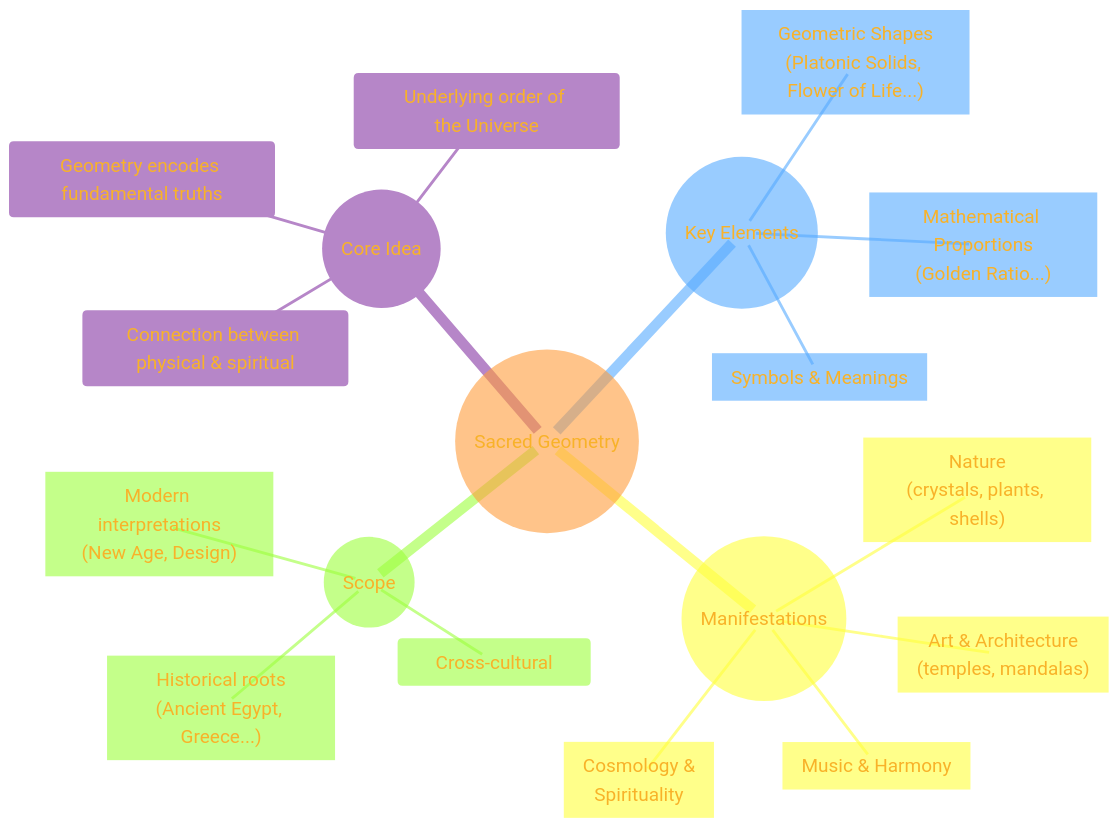
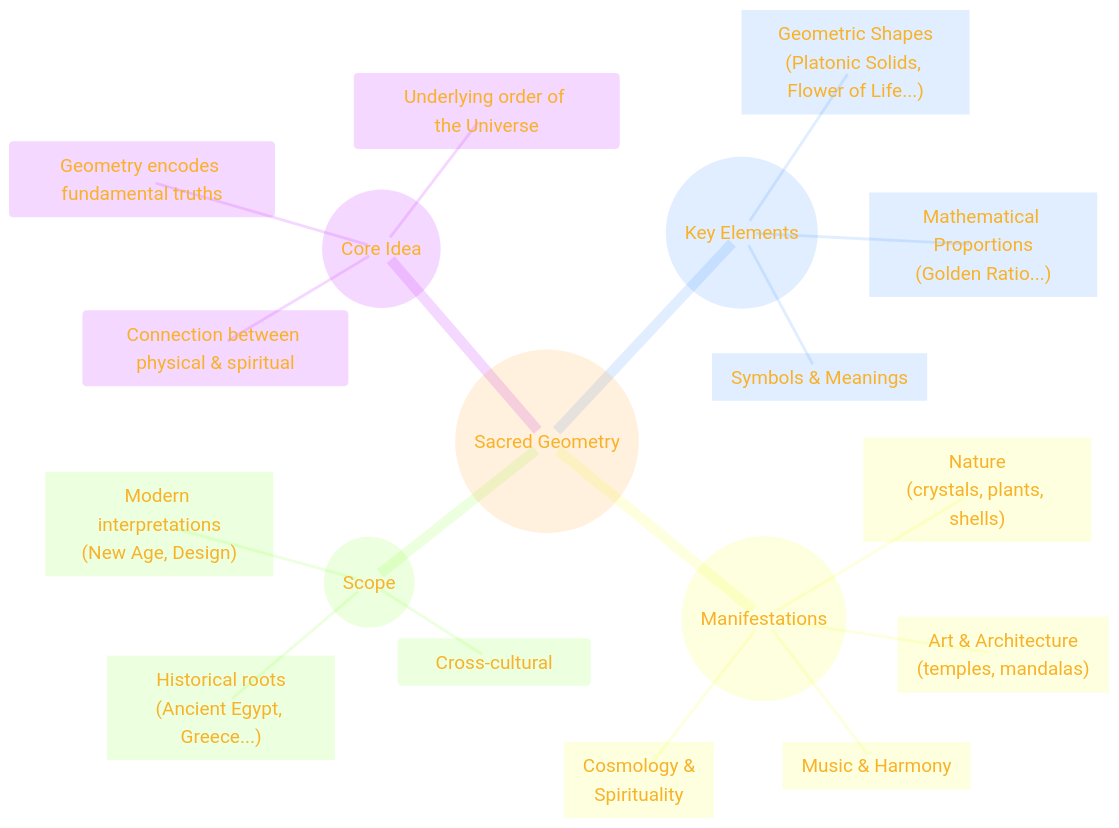
One commit to CongLeSolutionX/Harmonic_Atomica changed the first of 7 diagrams in Understanding_Sacred_Geometry.md. Above: the diagram before and after it, drawn with Mermaid.

````diff
--- a/Understanding_Sacred_Geometry.md
+++ b/Understanding_Sacred_Geometry.md
@@ -27,52 +27,51 @@
 ```mermaid
 ---
-title: "The Blueprint of Existence?"
+title: "CHANGE_ME_DADDY"
 author: "Cong Le"
 version: "1.0"
-license(s): "MIT, CC BY 4.0"
+license(s): "MIT, CC BY-SA 4.0"
 copyright: "Copyright (c) 2025 Cong Le. All Rights Reserved."
 config:
+  theme: base
 ---
+%%%%%%%% Mermaid version v11.4.1-b.14
 %%{
   init: {
-    'theme': 'base',
-    'fontFamily': 'Luminari',
+    'fontFamily': 'Luminari, monospace',
+    'logLevel': 'fatal',
     'mindmap': {
-      'padding': 20,
-      'levelColors': ['#87CEEB', '#98FB98', '#FFDAB9', '#FFB6C1']
+	    'nodeAlign': 'center',
+	    'padding': 20
     },
     'themeVariables': {
-      'primaryColor': '#FDB9',
+      'primaryColor': '#FC82',
       'primaryTextColor': '#F8B229',
-      'lineColor': '#F8B229',
       'primaryBorderColor': '#27AE60',
-      'secondaryColor': '#EBDEF0',
+      'secondaryColor': '#EBF3',
       'secondaryTextColor': '#6C3483',
       'secondaryBorderColor': '#A569BD',
-      'fontSize': '20px',
-      'clusterBkg': '#f2a3'
+      'fontSize': '20px'
     }
   }
 }%%
-%%%%%%%% Mermaid version v11.4.1-b.14
 mindmap
     root((Sacred Geometry))
         Core_Idea(("Core Idea"))
             Geometry encodes fundamental truths
             Underlying order of the Universe
             Connection between physical & spiritual
         Key_Elements(("Key Elements"))
             Geometric_Shapes["Geometric Shapes<br/>(Platonic Solids, Flower of Life...)"]
             Mathematical_Proportions["Mathematical Proportions<br/>(Golden Ratio...)"]
             Symbols_and_Meanings["Symbols & Meanings"]
         Manifestations(("Manifestations"))
             Nature["Nature<br/>(crystals, plants, shells)"]
             Art_and_Architecture["Art & Architecture<br/>(temples, mandalas)"]
             Music_and_Harmony["Music & Harmony"]
             Cosmology_and_Spirituality["Cosmology &<br/> Spirituality"]
         Scope(("Scope"))
             Cross-cultural
             Historical_roots["Historical roots<br/>(Ancient Egypt, Greece...)"]
             Modern_interpretations["Modern interpretations<br/>(New Age, Design)"]
 
 ```
````
